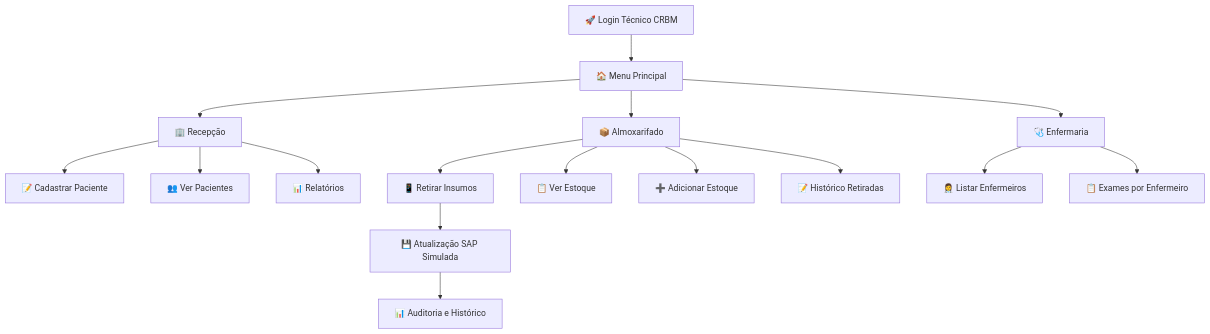
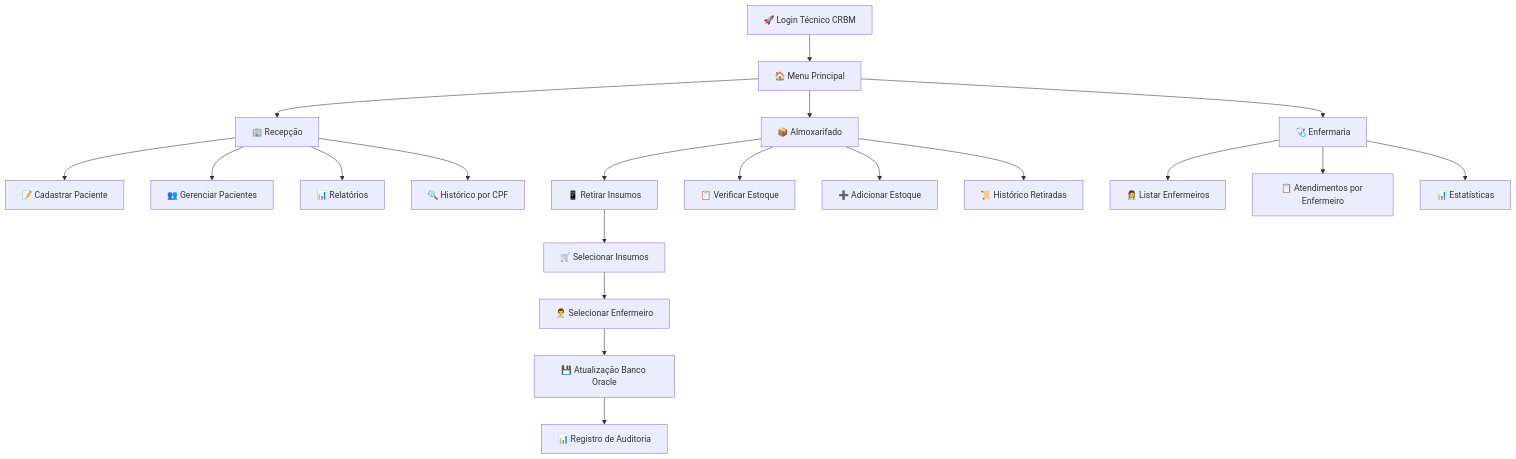
Before and after one commit to renan-utida/ChallengeDasaJava: the diagram in README.md, drawn with Mermaid. The commit also changed other lines of this file, not shown here.

````diff
--- a/README.md
+++ b/README.md
@@ -251,22 +311,26 @@
 ```mermaid
 graph TD
     A[🚀 Login Técnico CRBM] --> B[🏠 Menu Principal]
     B --> C[🏢 Recepção]
     B --> D[📦 Almoxarifado]  
     B --> E[🩺 Enfermaria]
     
     C --> C1[📝 Cadastrar Paciente]
-    C --> C2[👥 Ver Pacientes]
+    C --> C2[👥 Gerenciar Pacientes]
     C --> C3[📊 Relatórios]
+    C --> C4[🔍 Histórico por CPF]
     
     D --> D1[📱 Retirar Insumos]
-    D --> D2[📋 Ver Estoque]
+    D --> D2[📋 Verificar Estoque]
     D --> D3[➕ Adicionar Estoque]
-    D --> D4[📝 Histórico Retiradas]
+    D --> D4[📜 Histórico Retiradas]
     
     E --> E1[👩‍⚕️ Listar Enfermeiros]
-    E --> E2[📋 Exames por Enfermeiro]
+    E --> E2[📋 Atendimentos por Enfermeiro]
+    E --> E3[📊 Estatísticas]
     
-    D1 --> F[💾 Atualização SAP Simulada]
-    F --> G[📊 Auditoria e Histórico]
+    D1 --> F[🛒 Selecionar Insumos]
+    F --> G[👨‍⚕️ Selecionar Enfermeiro]
+    G --> H[💾 Atualização Banco Oracle]
+    H --> I[📊 Registro de Auditoria]
 ```
````
